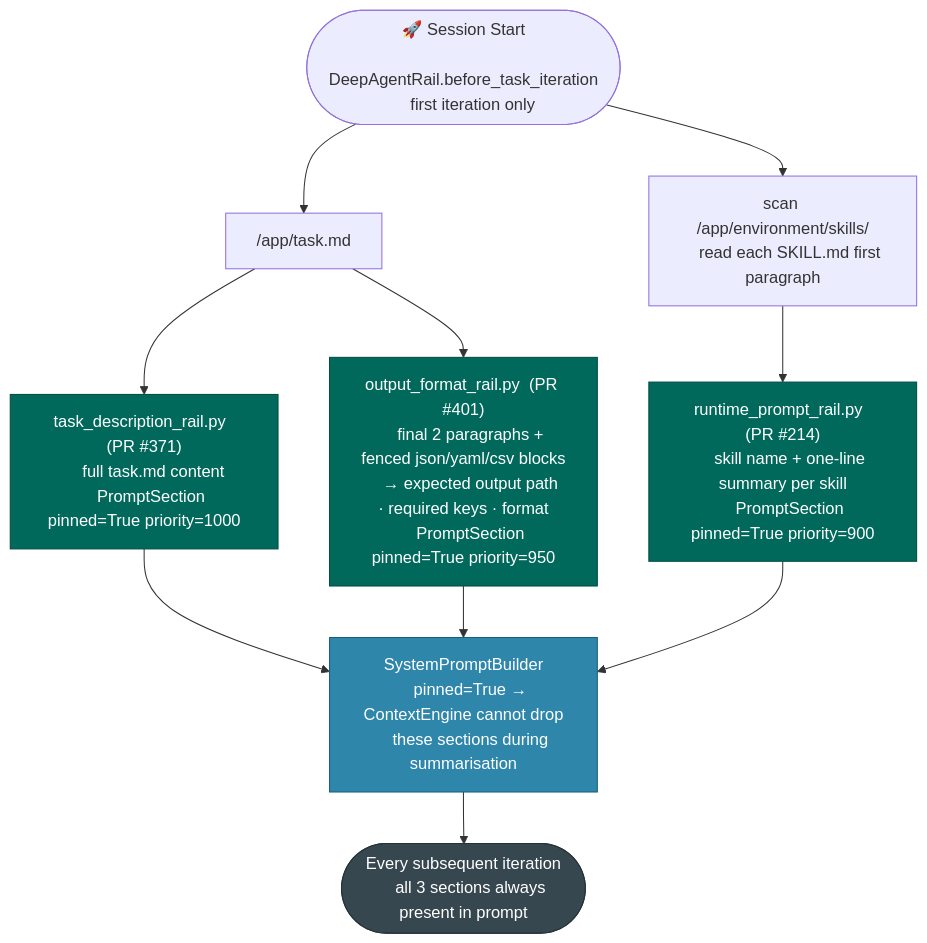
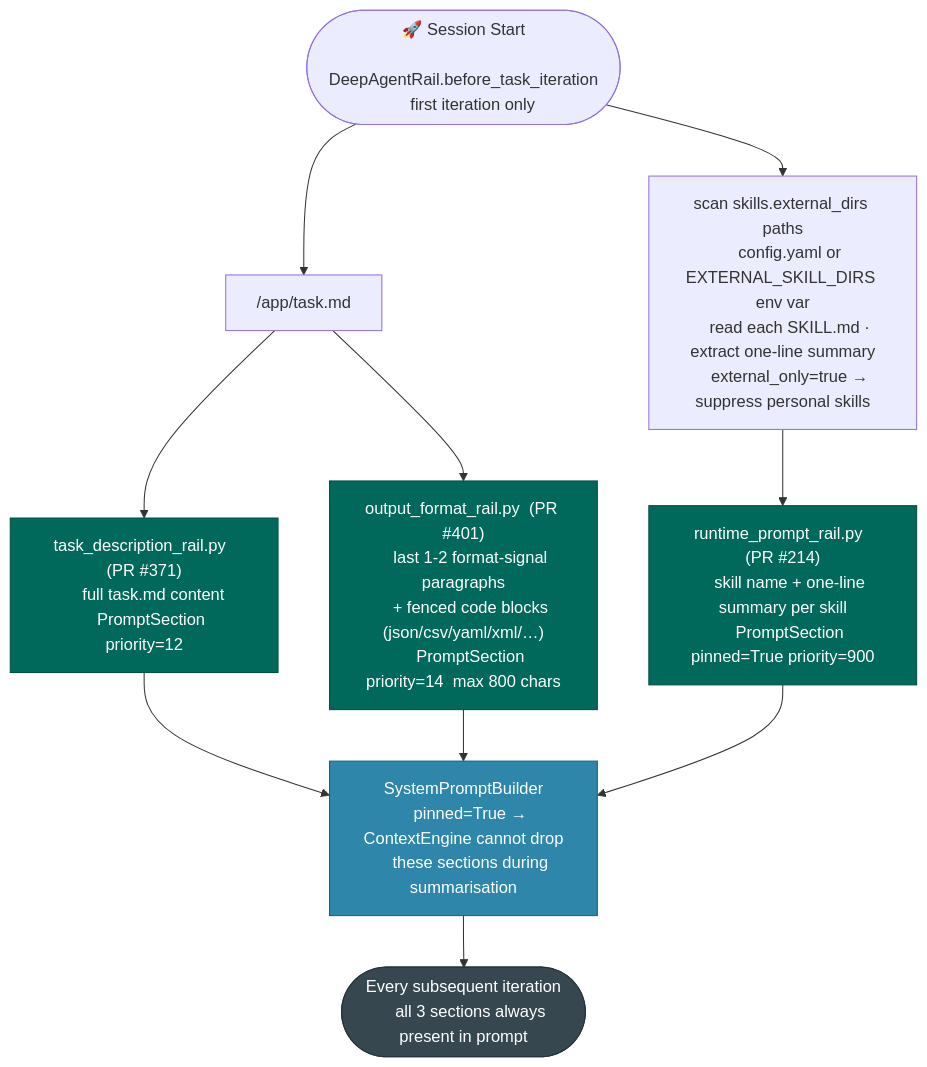
Before and after one commit to michaelatamuk/openjiuwen-jiuwenswarm: the third of 8 diagrams in docs-michael/Implementation.Overview.md, drawn with Mermaid. The commit also changed other lines of this file, not shown here.

````diff
--- a/docs-michael/Implementation.Overview.md
+++ b/docs-michael/Implementation.Overview.md
@@ -521,35 +521,37 @@
 ```mermaid
 flowchart TD
     classDef init fill:#00695C,color:#fff,stroke:#004D40
     classDef pin  fill:#2E86AB,color:#fff,stroke:#1a5f7a
     classDef eng  fill:#37474F,color:#fff,stroke:#263238
 
     INIT(["🚀 Session Start
     DeepAgentRail.before_task_iteration
     first iteration only"])
 
     INIT --> READ["/app/task.md"]
 
     READ --> TDR["task_description_rail.py  (PR #371)
     full task.md content
-    PromptSection pinned=True priority=1000"]:::init
+    PromptSection priority=12"]:::init
 
     READ --> OFR["output_format_rail.py  (PR #401)
-    final 2 paragraphs + fenced json/yaml/csv blocks
-    → expected output path · required keys · format
-    PromptSection pinned=True priority=950"]:::init
+    last 1-2 format-signal paragraphs
+    + fenced code blocks (json/csv/yaml/xml/…)
+    PromptSection priority=14  max 800 chars"]:::init
 
-    INIT --> SCAN["scan /app/environment/skills/
-    read each SKILL.md first paragraph"]
+    INIT --> SCAN["scan skills.external_dirs paths
+    config.yaml or EXTERNAL_SKILL_DIRS env var
+    read each SKILL.md · extract one-line summary
+    external_only=true → suppress personal skills"]
 
     SCAN --> ESD["runtime_prompt_rail.py  (PR #214)
     skill name + one-line summary per skill
     PromptSection pinned=True priority=900"]:::init
 
     TDR & OFR & ESD --> SPB["SystemPromptBuilder
     pinned=True → ContextEngine cannot drop
     these sections during summarisation"]:::pin
 
     SPB --> ALL(["Every subsequent iteration
     all 3 sections always present in prompt"]):::eng
 ```
````
